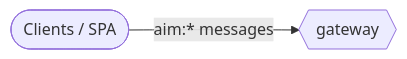
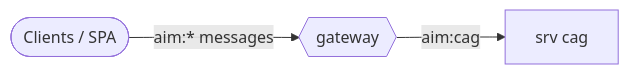
One commit to voxgig/conf-agenda changed the diagram in docs/reference/messages.md. Above: the diagram before and after it, drawn with Mermaid. The commit also changed other lines of this file and 11 other files, not shown here.

First line of the commit message:
Add the cag service and aim:cag,validate:fixture. (#5)

````diff
--- a/docs/reference/messages.md
+++ b/docs/reference/messages.md
@@ -11,6 +11,8 @@
 ```mermaid
 flowchart LR
   client([Clients / SPA])
   gateway{{gateway}}
   client -->|aim:* messages| gateway
+  cag[srv cag]
+  gateway -->|aim:cag| cag
 ```
````
